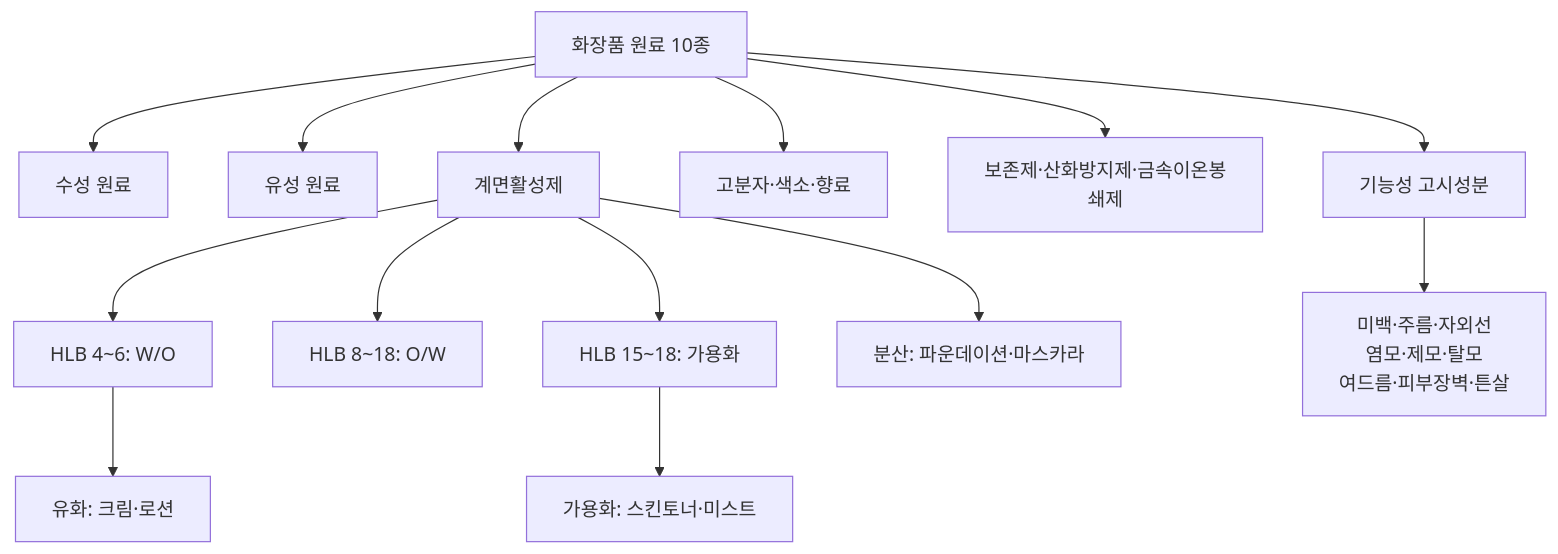
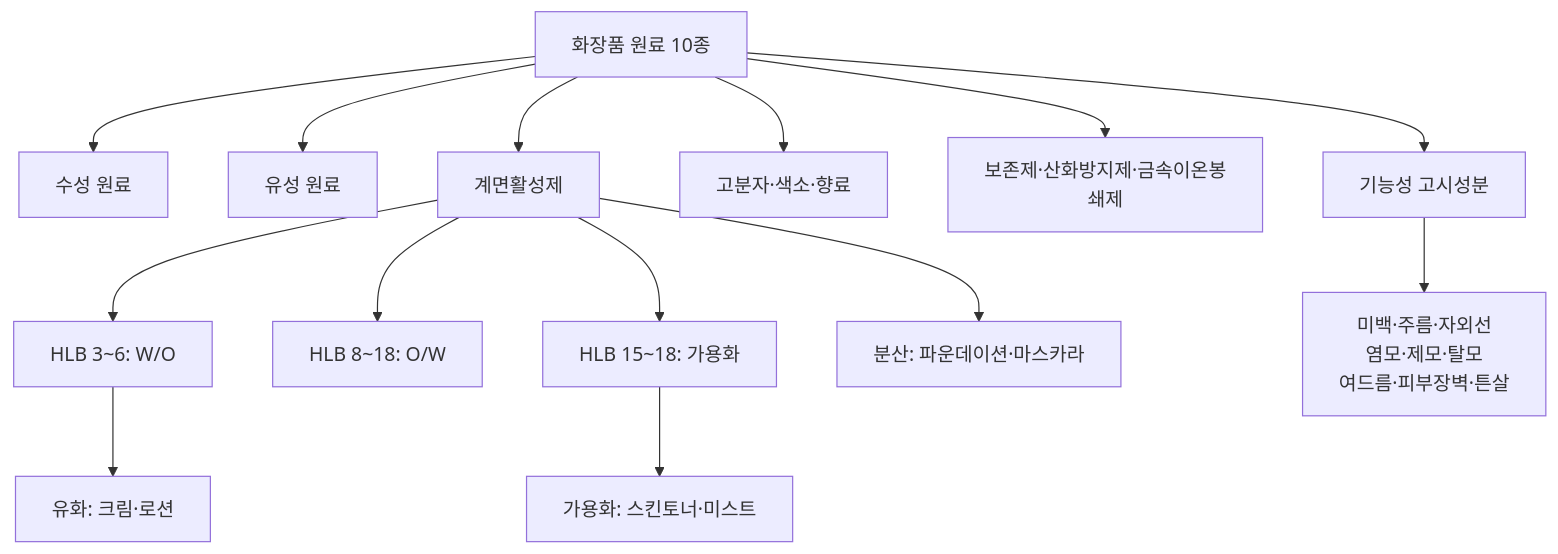
One commit to skygoldlee-cyber/Personalized_Skincare changed the ninth of 9 diagrams in content/참조자료/과목2/2과목_Ch01_원료_핵심암기.md. Above: the diagram before and after it, drawn with Mermaid. The commit also changed other lines of this file and 17 other files, not shown here.

````diff
--- a/content/참조자료/과목2/2과목_Ch01_원료_핵심암기.md
+++ b/content/참조자료/과목2/2과목_Ch01_원료_핵심암기.md
@@ -395,16 +395,16 @@
 ```mermaid
 flowchart TD
   A[화장품 원료 10종] --> B[수성 원료]
   A --> C[유성 원료]
   A --> D[계면활성제]
   A --> E[고분자·색소·향료]
   A --> F[보존제·산화방지제·금속이온봉쇄제]
   A --> G[기능성 고시성분]
-  D --> D1[HLB 4~6: W/O]
+  D --> D1[HLB 3~6: W/O]
   D --> D2[HLB 8~18: O/W]
   D --> D3[HLB 15~18: 가용화]
   D1 --> H[유화: 크림·로션]
   D3 --> I[가용화: 스킨토너·미스트]
   D --> J[분산: 파운데이션·마스카라]
   G --> K[미백·주름·자외선<br/>염모·제모·탈모<br/>여드름·피부장벽·튼살]
 ```
````
